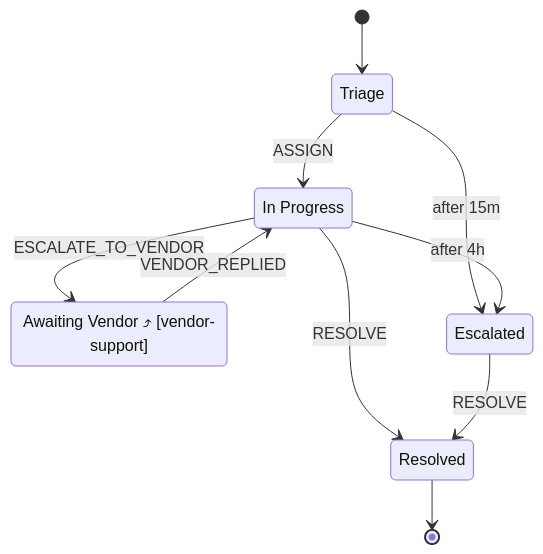
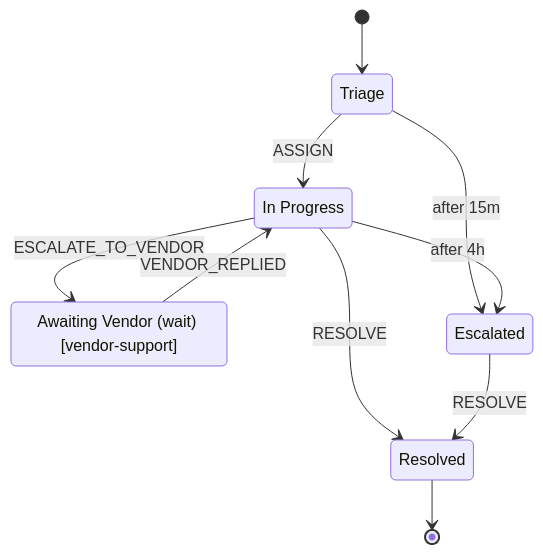
The diagram in docs/examples/diagrams/deadlines-hooks-wait.md (zihung20/flowyd), drawn with Mermaid before and after one commit. The commit also changed 2 other files, not shown here.

Commit message:
chore(docs): regenerate wait-state diagrams for (wait) marker
Sync the committed Mermaid partials with the source change already on main
(MermaidExporter WaitState suffix changed from a decorative glyph to a plain
"(wait)" text marker). Generated artifacts only.

````diff
--- a/docs/examples/diagrams/deadlines-hooks-wait.md
+++ b/docs/examples/diagrams/deadlines-hooks-wait.md
@@ -3,18 +3,18 @@
 ```mermaid
 stateDiagram-v2
   triage : Triage
   in_progress : In Progress
-  state "Awaiting Vendor ⤴ [vendor-support]" as awaiting_vendor
+  state "Awaiting Vendor (wait) [vendor-support]" as awaiting_vendor
   escalated : Escalated
   resolved : Resolved
 
   [*] --> triage
   triage --> in_progress : ASSIGN
   in_progress --> awaiting_vendor : ESCALATE_TO_VENDOR
   awaiting_vendor --> in_progress : VENDOR_REPLIED
   in_progress --> resolved : RESOLVE
   escalated --> resolved : RESOLVE
   triage --> escalated : after 15m
   in_progress --> escalated : after 4h
   resolved --> [*]
 ```
````
